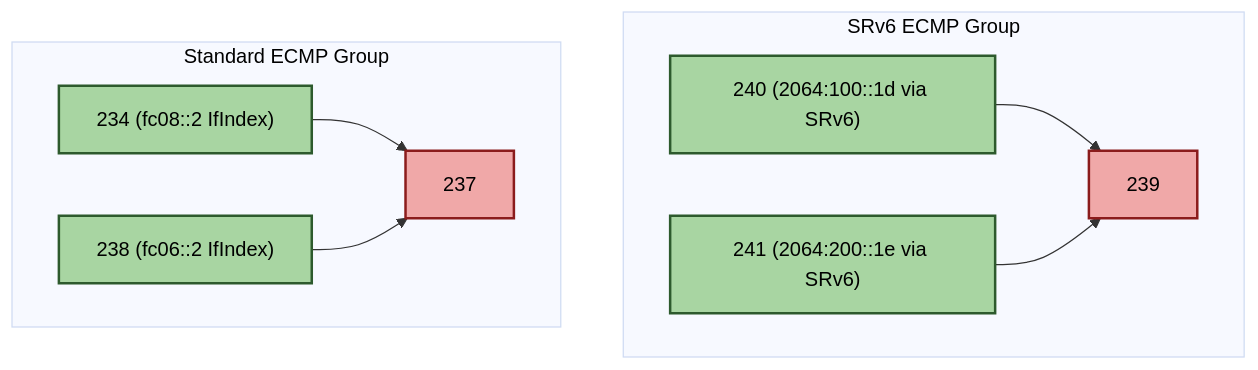
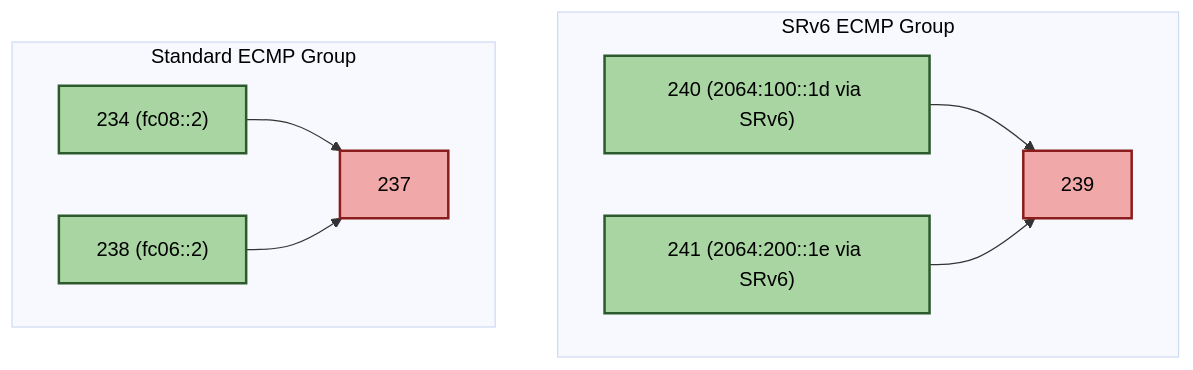
The third of 3 diagrams in doc/ribfib/ribfib_route_convergence.md (eddieruan-alibaba/SONiC), drawn with Mermaid before and after one commit. The commit also changed other lines of this file and 1 other file, not shown here.

````diff
--- a/doc/ribfib/ribfib_route_convergence.md
+++ b/doc/ribfib/ribfib_route_convergence.md
@@ -670,33 +889,33 @@
 ```mermaid
 %%{init: {'theme': 'base', 'themeVariables': {'primaryTextColor': '#000000', 'secondaryTextColor': '#000000', 'tertiaryTextColor': '#000000', 'nodeTextColor': '#000000', 'lineColor': '#333333'}}}%%
 graph TD
     %% ───────────── CLUSTER 1: SRv6 ECMP Group ─────────────
     subgraph SRv6_ECMP [SRv6 ECMP Group]
         N240["240 (2064:100::1d via SRv6)"]
         N241["241 (2064:200::1e via SRv6)"]
         N239["239 "]
     end
 
     %% ───────────── CLUSTER 2: Standard ECMP Group ─────────────
     subgraph Std_ECMP [Standard ECMP Group]
-        N234["234 (fc08::2 IfIndex)"]
-        N238["238 (fc06::2 IfIndex)"]
+        N234["234 (fc08::2)"]
+        N238["238 (fc06::2)"]
         N237["237 "]
     end
 
     %% ───────────── DEPENDENCY EDGES ─────────────
     %% Cluster 1 Edges
     N240 --> N239
     N241 --> N239
 
     %% Cluster 2 Edges
     N234 --> N237
     N238 --> N237
 
     %% ───────────── STYLING ─────────────
     classDef src fill:#a8d5a2,stroke:#2d5a2d,stroke-width:2px;
     classDef dst fill:#f0a8a8,stroke:#8b1c1c,stroke-width:2px;
 
     class N240,N241,N234,N238 src;
     class N239,N237 dst;
 ```
````
